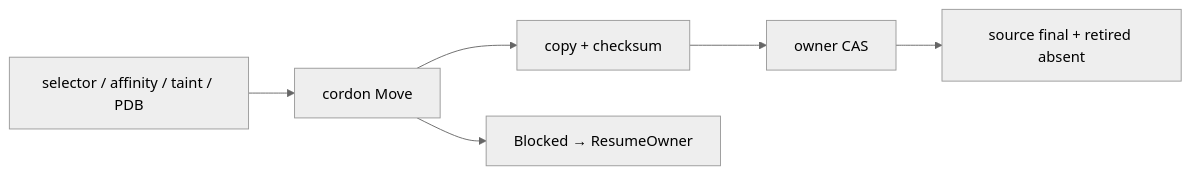
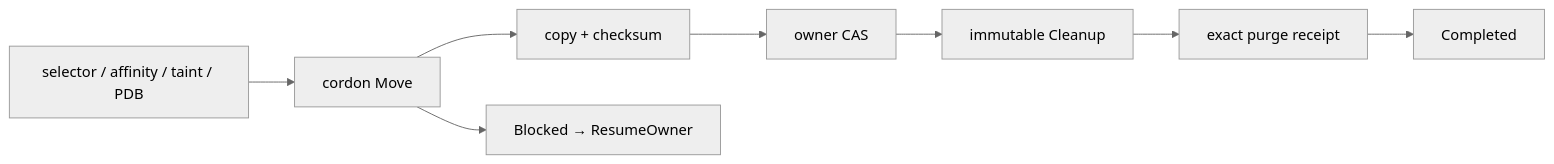
The second of 2 diagrams in docs/development/testing.md (cagojeiger/ShiftPV), drawn with Mermaid (neutral theme) before and after one commit. The commit also changed other lines of this file and 166 other files, not shown here.

````diff
--- a/docs/development/testing.md
+++ b/docs/development/testing.md
@@ -145,8 +166,10 @@
 ```mermaid
 flowchart LR
     PREFLIGHT[selector / affinity / taint / PDB] --> MOVE[cordon Move]
     MOVE --> COPY[copy + checksum]
     COPY --> COMMIT[owner CAS]
-    COMMIT --> PURGE[source final + retired absent]
+    COMMIT --> INTENT[immutable Cleanup]
+    INTENT --> RECEIPT[exact purge receipt]
+    RECEIPT --> SETTLE[Completed]
     MOVE --> RECOVERY[Blocked → ResumeOwner]
 ```
````
